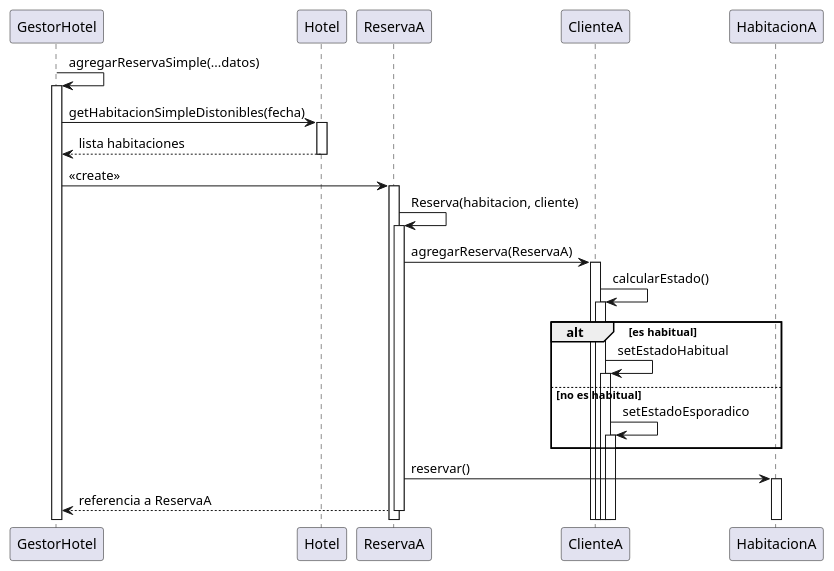
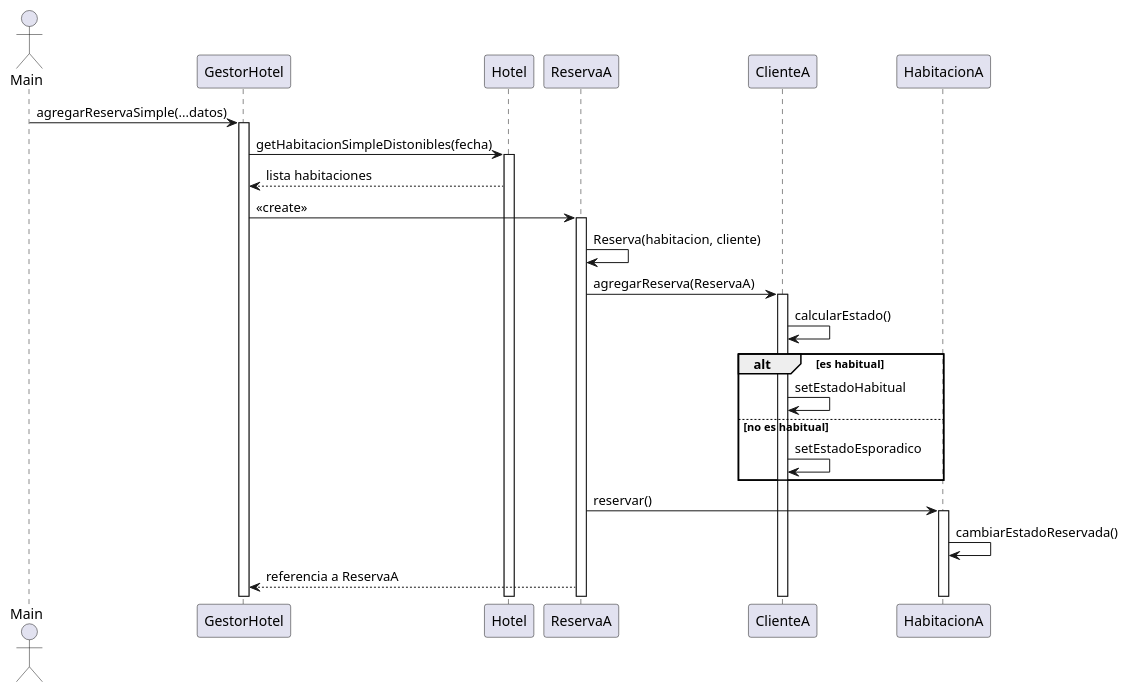
The diagram in Ejercitacion/src/main/java/Hotel/Diagrams/DS-CreacionReserva.puml (LauraMont/POO-UADE), drawn with PlantUML before and after one commit. The commit also changed 8 other files, not shown here.

Commit message:
Agregando y actualizando codigo de diagramas de secuencia

```diff
--- a/Ejercitacion/src/main/java/Hotel/Diagrams/DS-CreacionReserva.puml
+++ b/Ejercitacion/src/main/java/Hotel/Diagrams/DS-CreacionReserva.puml
@@ -1,17 +1,29 @@
 @startuml
-autoactivate on
-GestorHotel -> GestorHotel: agregarReservaSimple(...datos)
+actor       Main
+participant GestorHotel
+participant Hotel
+participant ReservaA
+participant ClienteA
+participant HabitacionA
+
+Main -> GestorHotel: agregarReservaSimple(...datos)
+activate GestorHotel
 GestorHotel -> Hotel : getHabitacionSimpleDistonibles(fecha)
+activate Hotel
 Hotel--> GestorHotel : lista habitaciones
 GestorHotel -> ReservaA: <<create>>
+activate ReservaA
 ReservaA -> ReservaA:Reserva(habitacion, cliente)
 ReservaA -> ClienteA: agregarReserva(ReservaA)
+activate ClienteA
 ClienteA -> ClienteA: calcularEstado()
 alt es habitual
 ClienteA -> ClienteA: setEstadoHabitual
 else no es habitual
 ClienteA -> ClienteA: setEstadoEsporadico
 end
 ReservaA -> HabitacionA: reservar()
+activate HabitacionA
+HabitacionA -> HabitacionA : cambiarEstadoReservada()
 ReservaA --> GestorHotel : referencia a ReservaA
 @enduml
```
